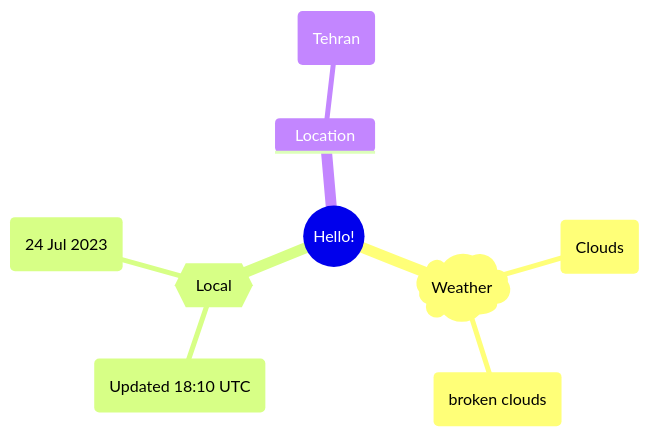
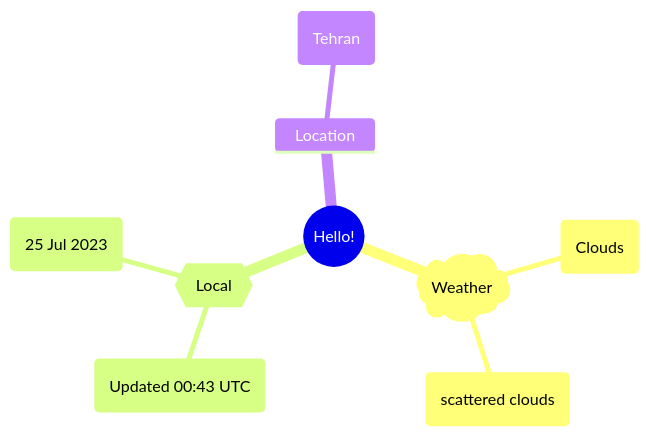
Before and after one commit to Xosrov/Xosrov: the first of 2 diagrams in README.md, drawn with Mermaid.

Commit message:
[bot] updated images

````diff
--- a/README.md
+++ b/README.md
@@ -3,12 +3,12 @@
 ```mermaid
 mindmap
   root((Hello!))
     )Weather(
         (Clouds)
-        (broken clouds)
+        (scattered clouds)
     {{Local}}
-        (Updated 18:10 UTC)
-        (24 Jul 2023)
+        (Updated 00:43 UTC)
+        (25 Jul 2023)
     Location
         (Tehran)
 ```
````
